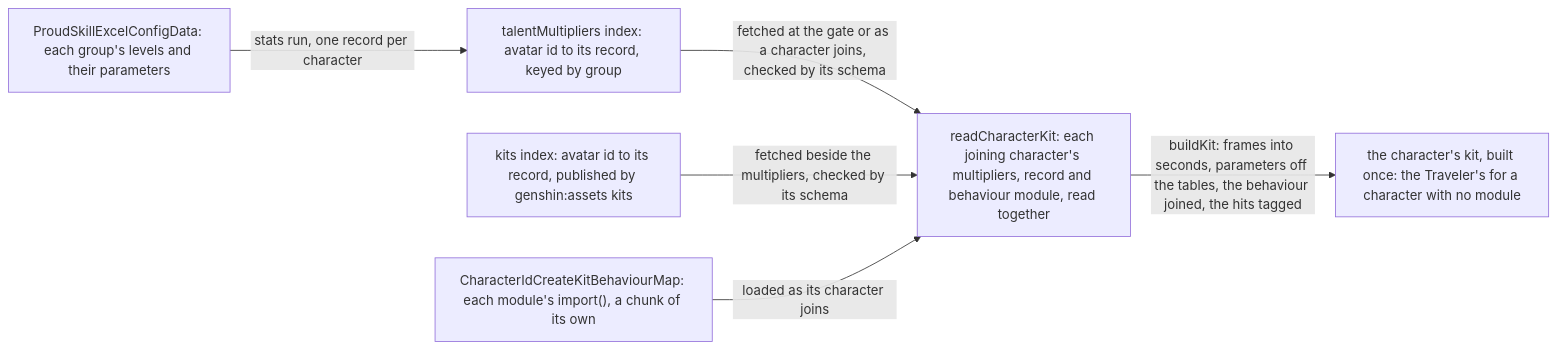
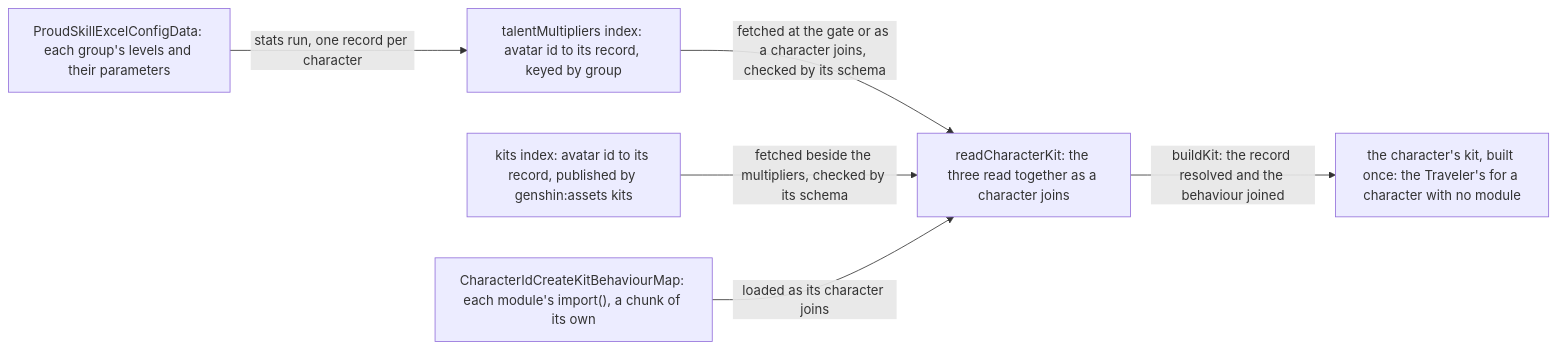
The second of 3 diagrams in apps/web/content/docs/genshin/kits/index.md (Esposter/Esposter), drawn with Mermaid before and after one commit. The commit also changed other lines of this file and 3 other files, not shown here.

First line of the commit message:
fix(genshin-world): the kit build's suite holds its record in its describe, and the kit pages pass the docs' checks

````diff
--- a/apps/web/content/docs/genshin/kits/index.md
+++ b/apps/web/content/docs/genshin/kits/index.md
@@ -32,8 +32,8 @@
 ```mermaid
 flowchart LR
   P["ProudSkillExcelConfigData: each group's levels and their parameters"] -->|"stats run, one record per character"| M["talentMultipliers index: avatar id to its record, keyed by group"]
-  M -->|"fetched at the gate or as a character joins, checked by its schema"| R["readCharacterKit: each joining character's multipliers, record and behaviour module, read together"]
+  M -->|"fetched at the gate or as a character joins, checked by its schema"| R["readCharacterKit: the three read together as a character joins"]
   K["kits index: avatar id to its record, published by genshin:assets kits"] -->|"fetched beside the multipliers, checked by its schema"| R
   C["CharacterIdCreateKitBehaviourMap: each module's import(), a chunk of its own"] -->|"loaded as its character joins"| R
-  R -->|"buildKit: frames into seconds, parameters off the tables, the behaviour joined, the hits tagged"| T["the character's kit, built once: the Traveler's for a character with no module"]
+  R -->|"buildKit: the record resolved and the behaviour joined"| T["the character's kit, built once: the Traveler's for a character with no module"]
 ```
````
